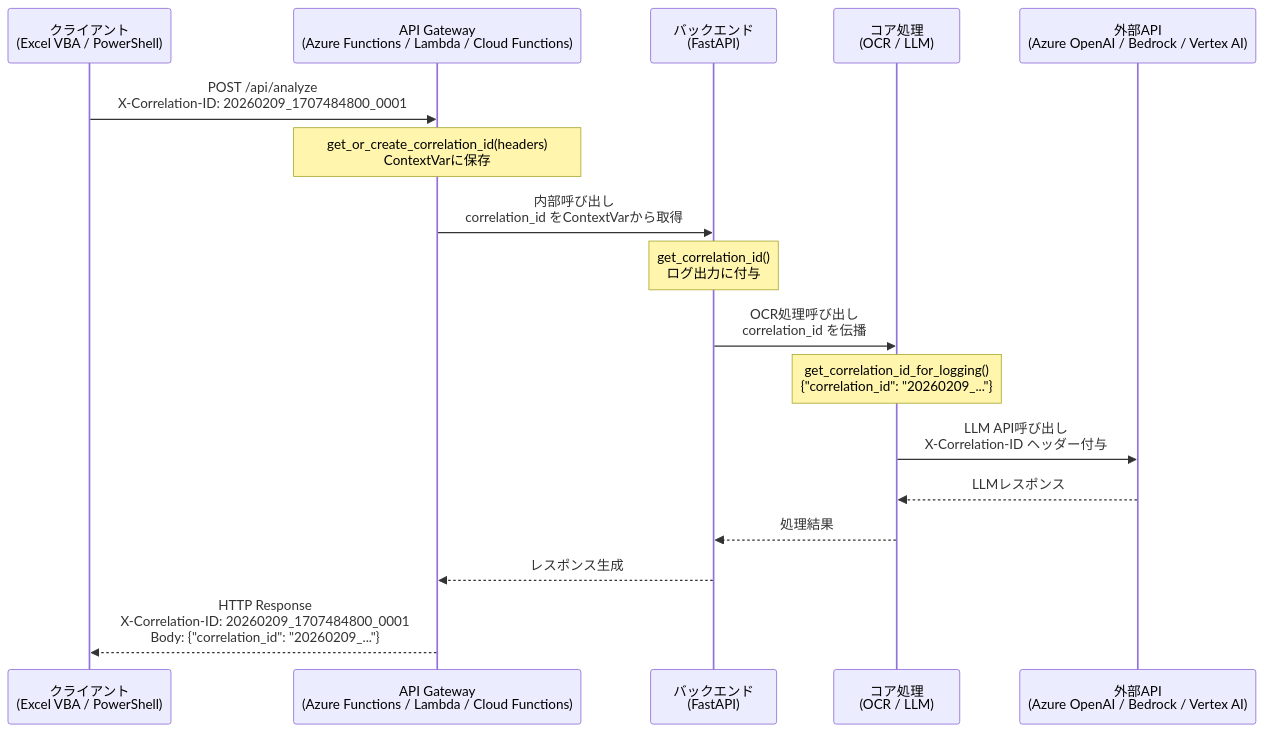
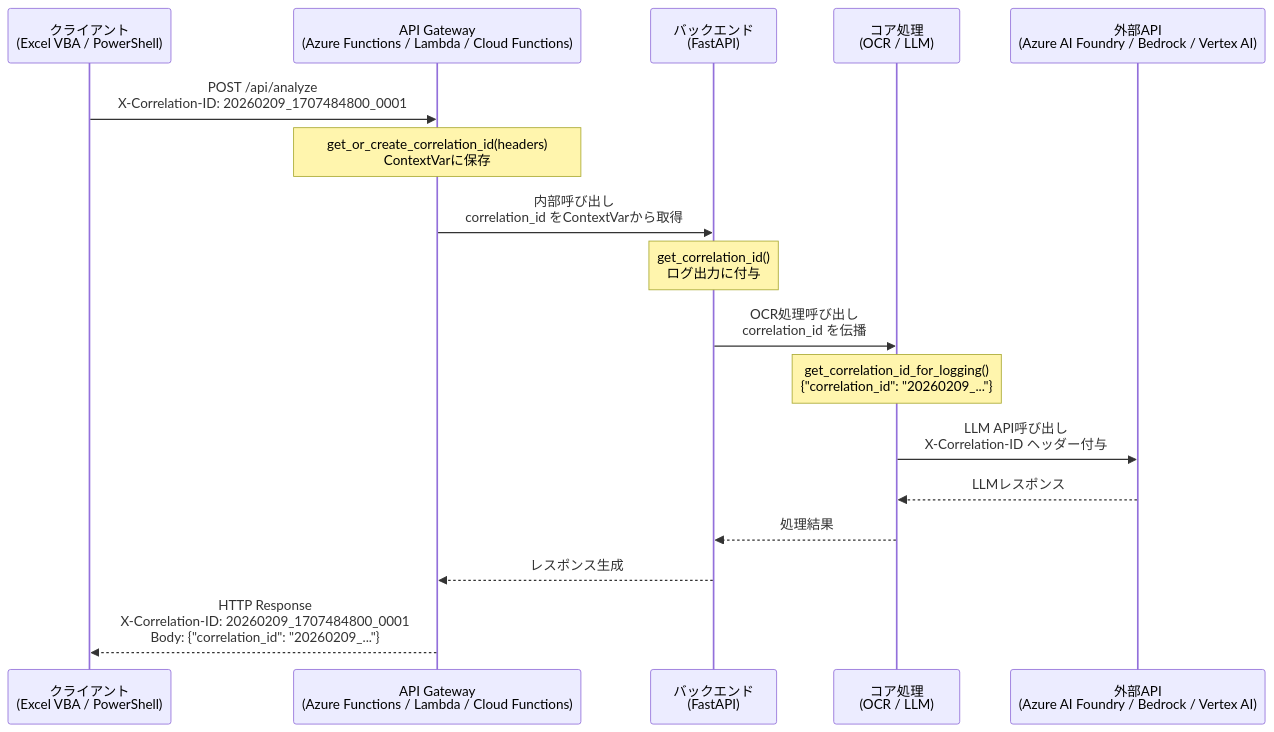
Before and after one commit to GEJFY/ic-test-ai-agent: the first of 2 diagrams in docs/monitoring/CORRELATION_ID.md, drawn with Mermaid. The commit also changed 18 other files, not shown here.

````diff
--- a/docs/monitoring/CORRELATION_ID.md
+++ b/docs/monitoring/CORRELATION_ID.md
@@ -179,30 +179,30 @@
 ```mermaid
 sequenceDiagram
     participant Client as クライアント<br/>(Excel VBA / PowerShell)
     participant Gateway as API Gateway<br/>(Azure Functions / Lambda / Cloud Functions)
     participant Backend as バックエンド<br/>(FastAPI)
     participant Core as コア処理<br/>(OCR / LLM)
-    participant External as 外部API<br/>(Azure OpenAI / Bedrock / Vertex AI)
+    participant External as 外部API<br/>(Azure AI Foundry / Bedrock / Vertex AI)
 
     Client->>Gateway: POST /api/analyze<br/>X-Correlation-ID: 20260209_1707484800_0001
 
     Note over Gateway: get_or_create_correlation_id(headers)<br/>ContextVarに保存
 
     Gateway->>Backend: 内部呼び出し<br/>correlation_id をContextVarから取得
 
     Note over Backend: get_correlation_id()<br/>ログ出力に付与
 
     Backend->>Core: OCR処理呼び出し<br/>correlation_id を伝播
 
     Note over Core: get_correlation_id_for_logging()<br/>{"correlation_id": "20260209_..."}
 
     Core->>External: LLM API呼び出し<br/>X-Correlation-ID ヘッダー付与
 
     External-->>Core: LLMレスポンス
 
     Core-->>Backend: 処理結果
 
     Backend-->>Gateway: レスポンス生成
 
     Gateway-->>Client: HTTP Response<br/>X-Correlation-ID: 20260209_1707484800_0001<br/>Body: {"correlation_id": "20260209_..."}
 ```
````
